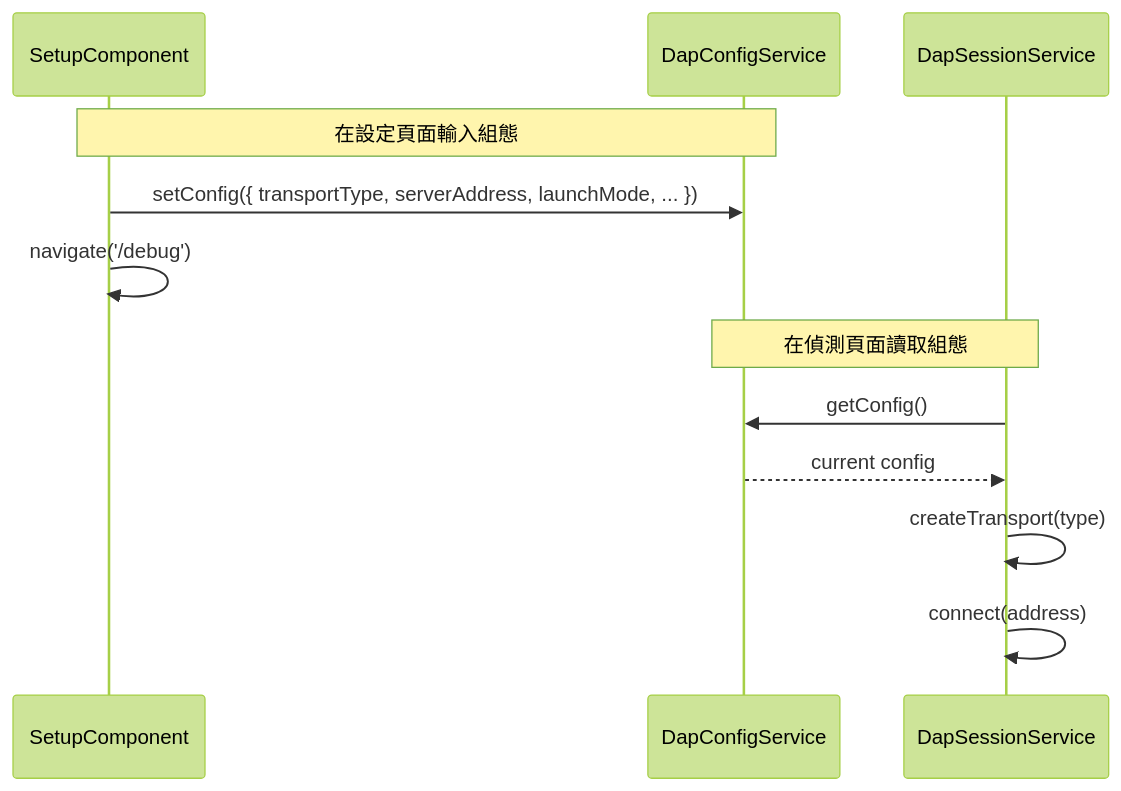
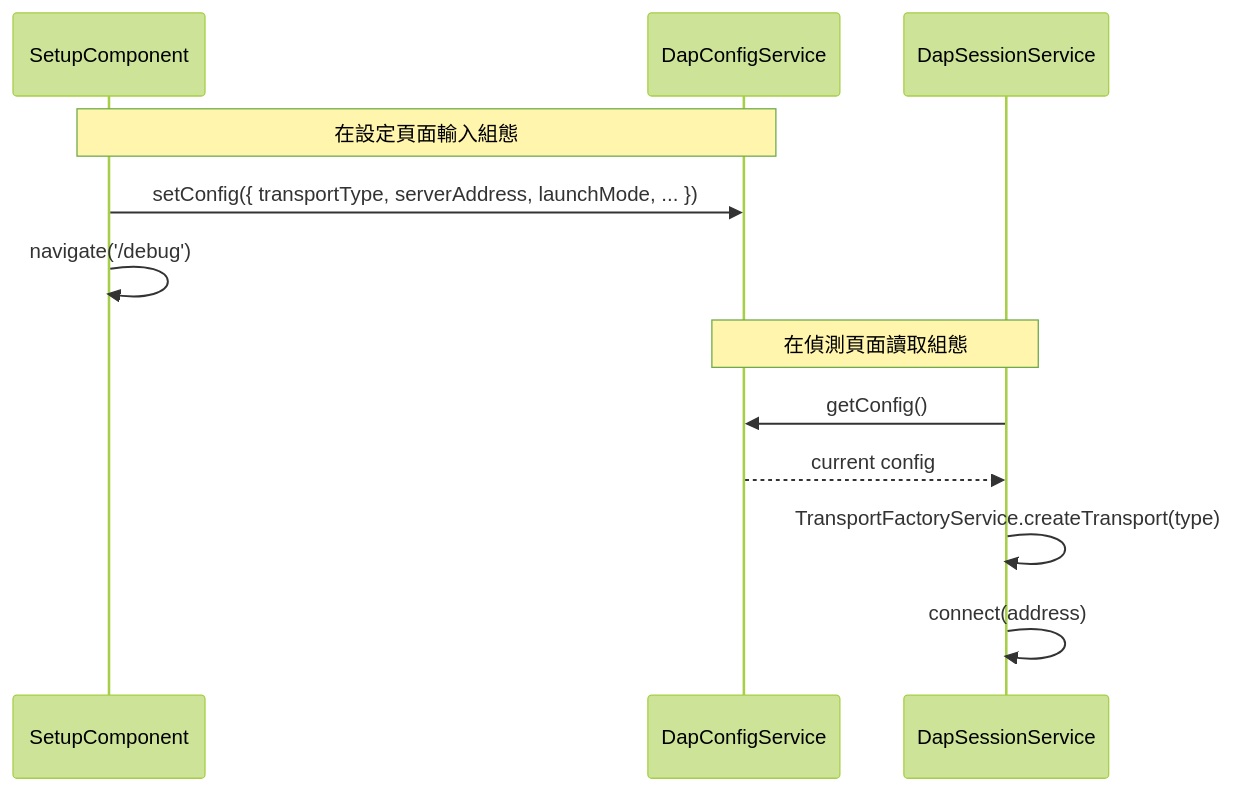
The seventh of 9 diagrams in docs/architecture.md (tangpo387-arch/taro-debugger), drawn with Mermaid (forest theme) before and after one commit. The commit also changed other lines of this file and 1 other file, not shown here.

Commit message:
docs: Update architecture and testing protocol documentation.

````diff
--- a/docs/architecture.md
+++ b/docs/architecture.md
@@ -255,16 +291,16 @@
 ```mermaid
 sequenceDiagram
     participant SC as SetupComponent
     participant DCS as DapConfigService
     participant DSS as DapSessionService
 
     Note over SC, DCS: 在設定頁面輸入組態
     SC->>DCS: setConfig({ transportType, serverAddress, launchMode, ... })
     SC->>SC: navigate('/debug')
 
     Note over DSS, DCS: 在偵測頁面讀取組態
     DSS->>DCS: getConfig()
     DCS-->>DSS: current config
-    DSS->>DSS: createTransport(type)
+    DSS->>DSS: TransportFactoryService.createTransport(type)
     DSS->>DSS: connect(address)
 ```
````
